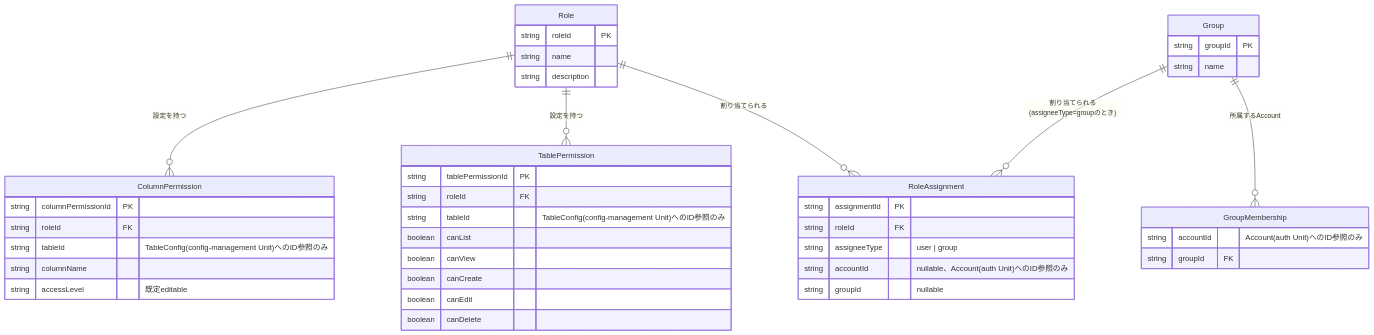
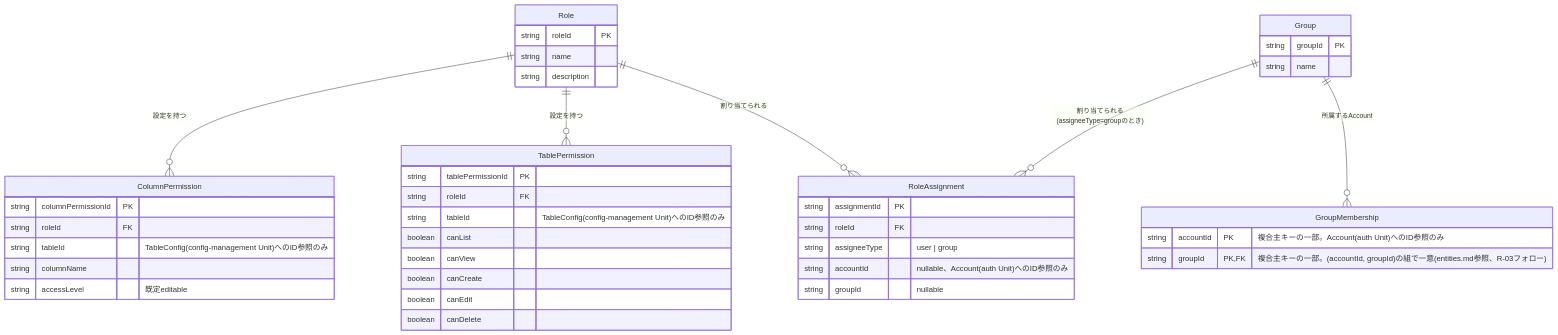
The diagram in aidlc/spaces/default/intents/260904-static-config-crud/construction/permission/functional-design/functional-spec.md (agwlvssainokuni/mastersmith), drawn with Mermaid before and after one commit. The commit also changed other lines of this file and 7 other files, not shown here.

First line of the commit message:
functional-designステージのredo jump後の回復(batch 0: audit-log・permission・schema-ingestion)

````diff
--- a/aidlc/spaces/default/intents/260904-static-config-crud/construction/permission/functional-design/functional-spec.md
+++ b/aidlc/spaces/default/intents/260904-static-config-crud/construction/permission/functional-design/functional-spec.md
@@ -48,46 +56,46 @@
 ```mermaid
 erDiagram
     Role {
         string roleId PK
         string name
         string description
     }
     Group {
         string groupId PK
         string name
     }
     GroupMembership {
-        string accountId "Account(auth Unit)へのID参照のみ"
-        string groupId FK
+        string accountId PK "複合主キーの一部。Account(auth Unit)へのID参照のみ"
+        string groupId PK,FK "複合主キーの一部。(accountId, groupId)の組で一意(entities.md参照、R-03フォロー)"
     }
     RoleAssignment {
         string assignmentId PK
         string roleId FK
         string assigneeType "user | group"
         string accountId "nullable、Account(auth Unit)へのID参照のみ"
         string groupId "nullable"
     }
     TablePermission {
         string tablePermissionId PK
         string roleId FK
         string tableId "TableConfig(config-management Unit)へのID参照のみ"
         boolean canList
         boolean canView
         boolean canCreate
         boolean canEdit
         boolean canDelete
     }
     ColumnPermission {
         string columnPermissionId PK
         string roleId FK
         string tableId "TableConfig(config-management Unit)へのID参照のみ"
         string columnName
         string accessLevel "既定editable"
     }
 
     Group ||--o{ GroupMembership : "所属するAccount"
     Role ||--o{ RoleAssignment : "割り当てられる"
     Group ||--o{ RoleAssignment : "割り当てられる(assigneeType=groupのとき)"
     Role ||--o{ TablePermission : "設定を持つ"
     Role ||--o{ ColumnPermission : "設定を持つ"
 ```
````
